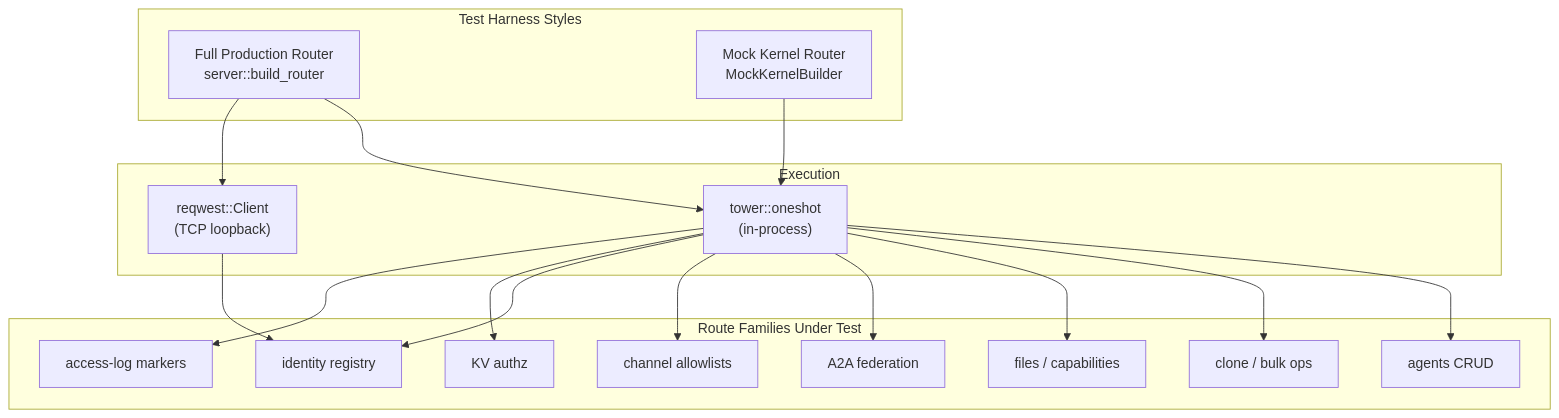
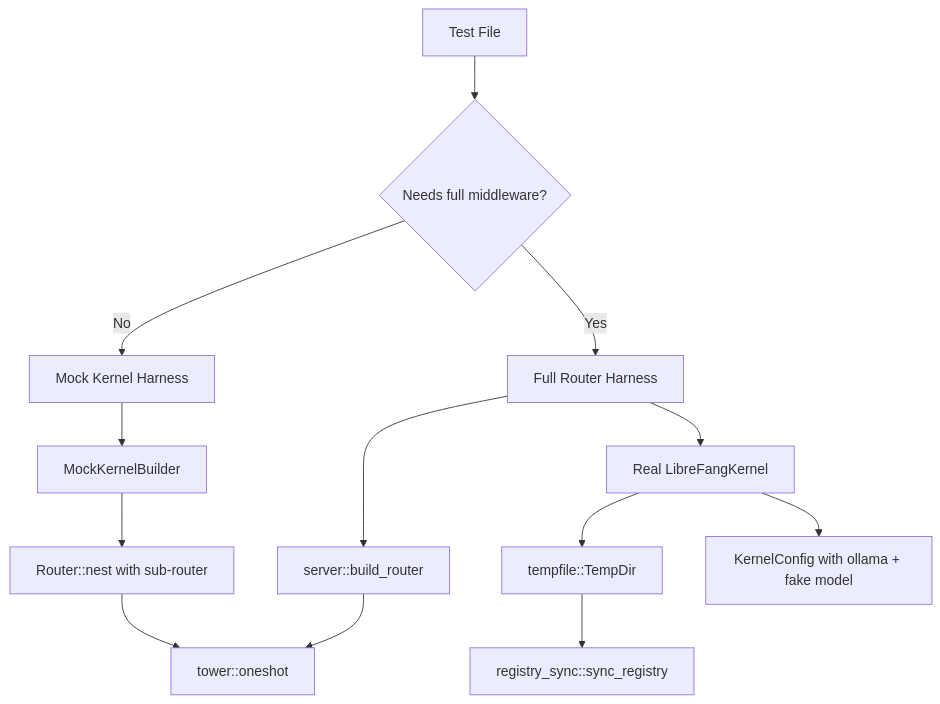
One commit to leszek3737/librefang-WIki changed the diagram in other-librefang-api-tests.md. Above: the diagram before and after it, drawn with Mermaid. The commit also changed other lines of this file and 122 other files, not shown here.

````diff
--- a/other-librefang-api-tests.md
+++ b/other-librefang-api-tests.md
@@ -9,33 +30,15 @@
 ```mermaid
 graph TD
-    subgraph "Test Harness Styles"
-        A["Full Production Router<br/>server::build_router"]
-        B["Mock Kernel Router<br/>MockKernelBuilder"]
-    end
-    subgraph "Execution"
-        C["tower::oneshot<br/>(in-process)"]
-        D["reqwest::Client<br/>(TCP loopback)"]
-    end
-    A --> C
-    A --> D
-    B --> C
-    subgraph "Route Families Under Test"
-        E[agents CRUD]
-        F[clone / bulk ops]
-        G[files / capabilities]
-        H[A2A federation]
-        I[channel allowlists]
-        J[identity registry]
-        K[KV authz]
-        L[access-log markers]
-    end
-    C --> E
-    C --> F
-    C --> G
-    C --> H
-    C --> I
-    C --> J
-    C --> K
-    C --> L
-    D --> J
+    A[Test File] --> B{Needs full middleware?}
+    B -->|Yes| C[Full Router Harness]
+    B -->|No| D[Mock Kernel Harness]
+    C --> E[server::build_router]
+    E --> F[tower::oneshot]
+    D --> G[MockKernelBuilder]
+    G --> H[Router::nest with sub-router]
+    H --> F
+    C --> I[Real LibreFangKernel]
+    I --> J[tempfile::TempDir]
+    J --> K[registry_sync::sync_registry]
+    I --> L[KernelConfig with ollama + fake model]
 ```
````
